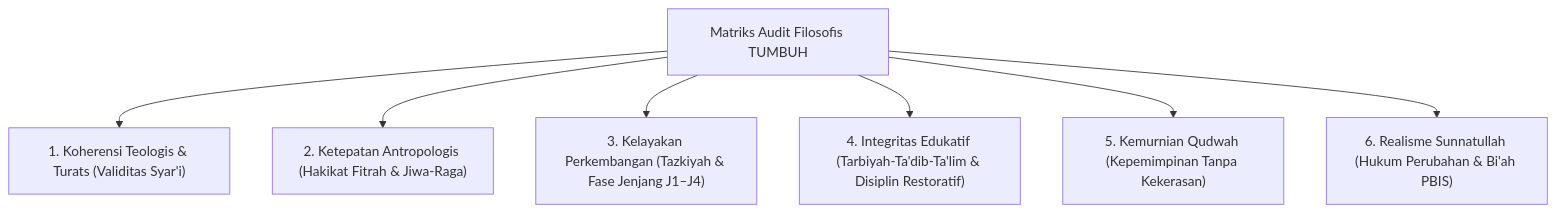
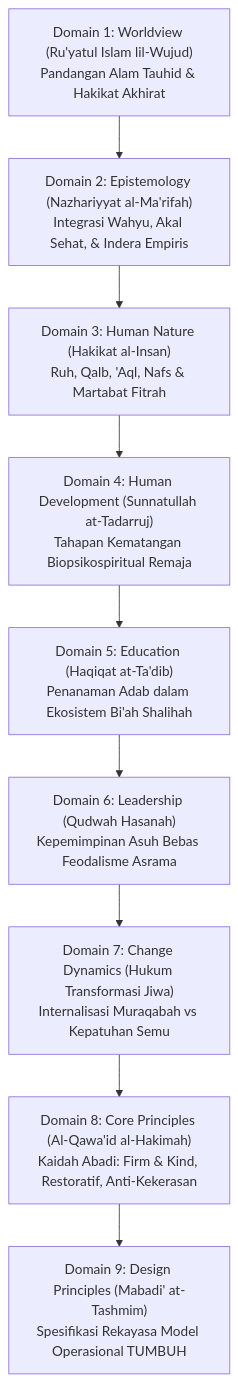
Before and after one commit to wandiapriliyandi/tumbuh: the diagram in .agents/skills/pakar-filosofi-tumbuh/SKILL.md, drawn with Mermaid. The commit also changed other lines of this file and 22 other files, not shown here.

````diff
--- a/.agents/skills/pakar-filosofi-tumbuh/SKILL.md
+++ b/.agents/skills/pakar-filosofi-tumbuh/SKILL.md
@@ -19,10 +29,11 @@
 ```mermaid
 graph TD
-    Audit["Matriks Audit Filosofis TUMBUH"]
-    Audit --> D1["1. Koherensi Teologis & Turats (Validitas Syar'i)"]
-    Audit --> D2["2. Ketepatan Antropologis (Hakikat Fitrah & Jiwa-Raga)"]
-    Audit --> D3["3. Kelayakan Perkembangan (Tazkiyah & Fase Jenjang J1–J4)"]
-    Audit --> D4["4. Integritas Edukatif (Tarbiyah-Ta'dib-Ta'lim & Disiplin Restoratif)"]
-    Audit --> D5["5. Kemurnian Qudwah (Kepemimpinan Tanpa Kekerasan)"]
-    Audit --> D6["6. Realisme Sunnatullah (Hukum Perubahan & Bi'ah PBIS)"]
+    D1["Domain 1: Worldview (Ru'yatul Islam lil-Wujud)<br/>Pandangan Alam Tauhid & Hakikat Akhirat"] --> D2["Domain 2: Epistemology (Nazhariyyat al-Ma'rifah)<br/>Integrasi Wahyu, Akal Sehat, & Indera Empiris"]
+    D2 --> D3["Domain 3: Human Nature (Hakikat al-Insan)<br/>Ruh, Qalb, 'Aql, Nafs & Martabat Fitrah"]
+    D3 --> D4["Domain 4: Human Development (Sunnatullah at-Tadarruj)<br/>Tahapan Kematangan Biopsikospiritual Remaja"]
+    D4 --> D5["Domain 5: Education (Haqiqat at-Ta'dib)<br/>Penanaman Adab dalam Ekosistem Bi'ah Shalihah"]
+    D5 --> D6["Domain 6: Leadership (Qudwah Hasanah)<br/>Kepemimpinan Asuh Bebas Feodalisme Asrama"]
+    D6 --> D7["Domain 7: Change Dynamics (Hukum Transformasi Jiwa)<br/>Internalisasi Muraqabah vs Kepatuhan Semu"]
+    D7 --> D8["Domain 8: Core Principles (Al-Qawa'id al-Hakimah)<br/>Kaidah Abadi: Firm & Kind, Restoratif, Anti-Kekerasan"]
+    D8 --> D9["Domain 9: Design Principles (Mabadi' at-Tashmim)<br/>Spesifikasi Rekayasa Model Operasional TUMBUH"]
 ```
````
